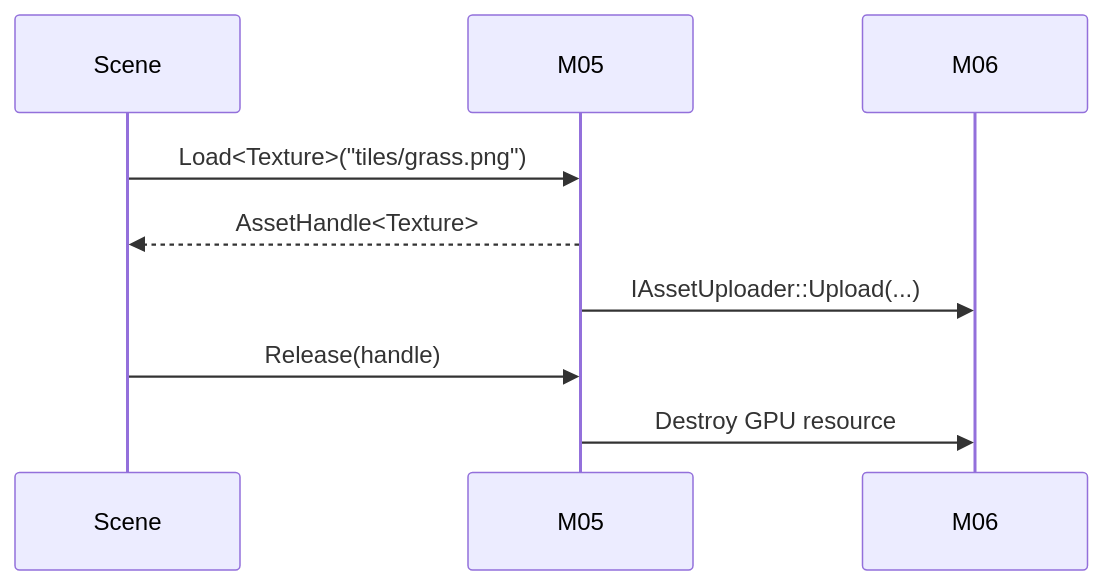
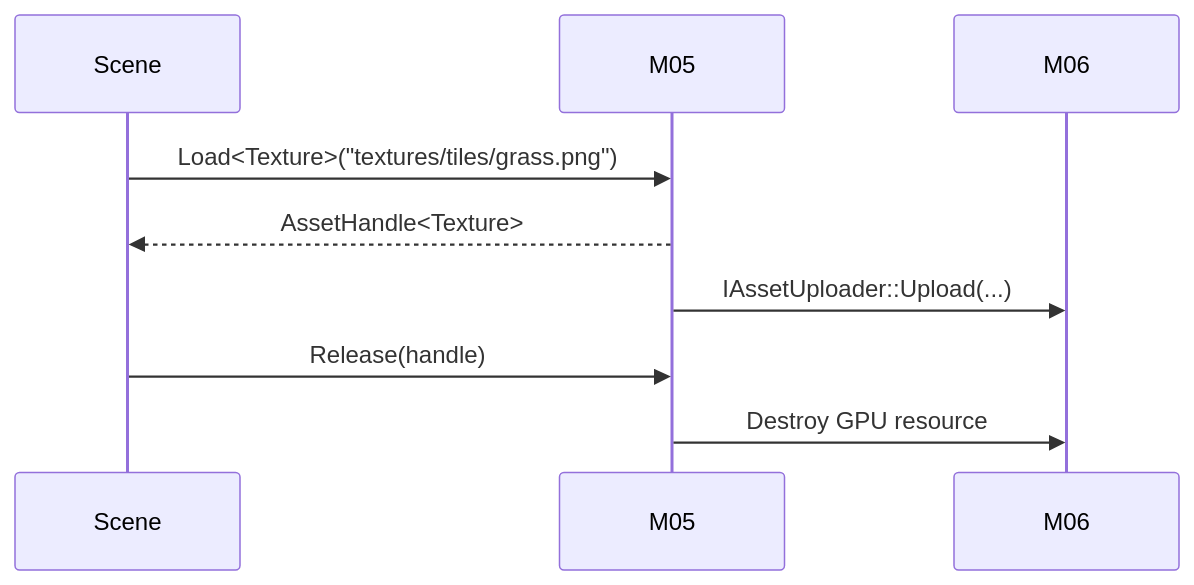
Before and after one commit to Narciostyx/Florian-s-Adventure: the second of 2 diagrams in docs/architecture/overview-design.md, drawn with Mermaid. The commit also changed other lines of this file and 83 other files, not shown here.

````diff
--- a/docs/architecture/overview-design.md
+++ b/docs/architecture/overview-design.md
@@ -128,11 +128,11 @@
 ```mermaid
 sequenceDiagram
   participant Scene
   participant Assets as M05
   participant Render as M06
-  Scene->>Assets: Load<Texture>("tiles/grass.png")
+  Scene->>Assets: Load<Texture>("textures/tiles/grass.png")
   Assets-->>Scene: AssetHandle<Texture>
   Assets->>Render: IAssetUploader::Upload(...)
   Scene->>Assets: Release(handle)
   Assets->>Render: Destroy GPU resource
 ```
````
